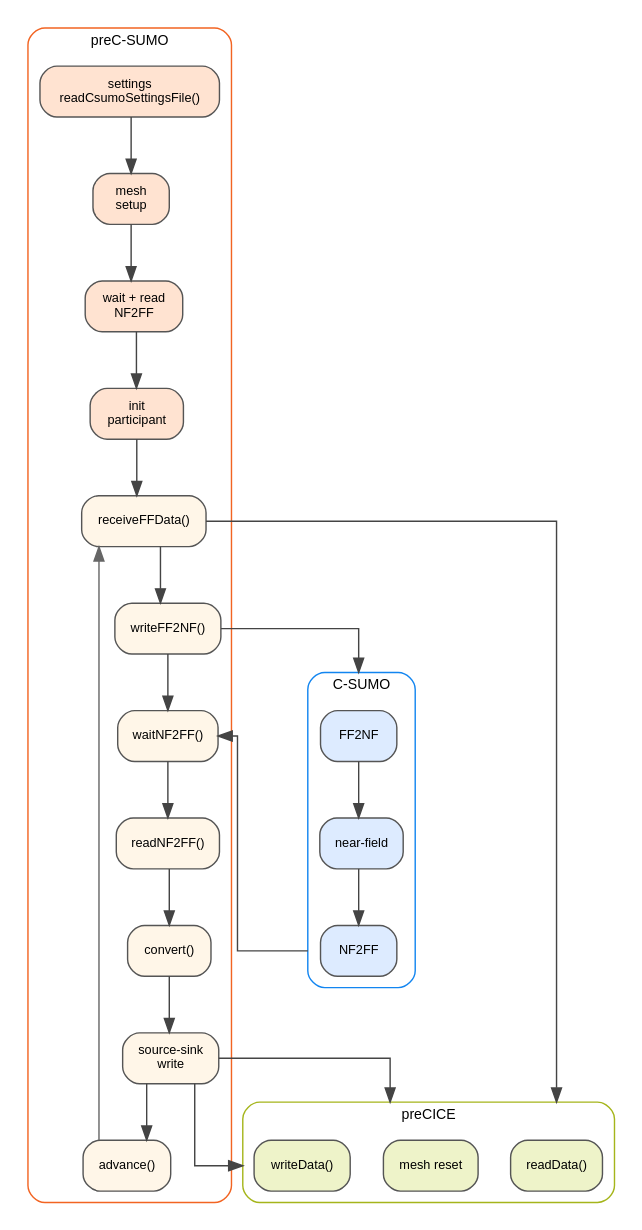
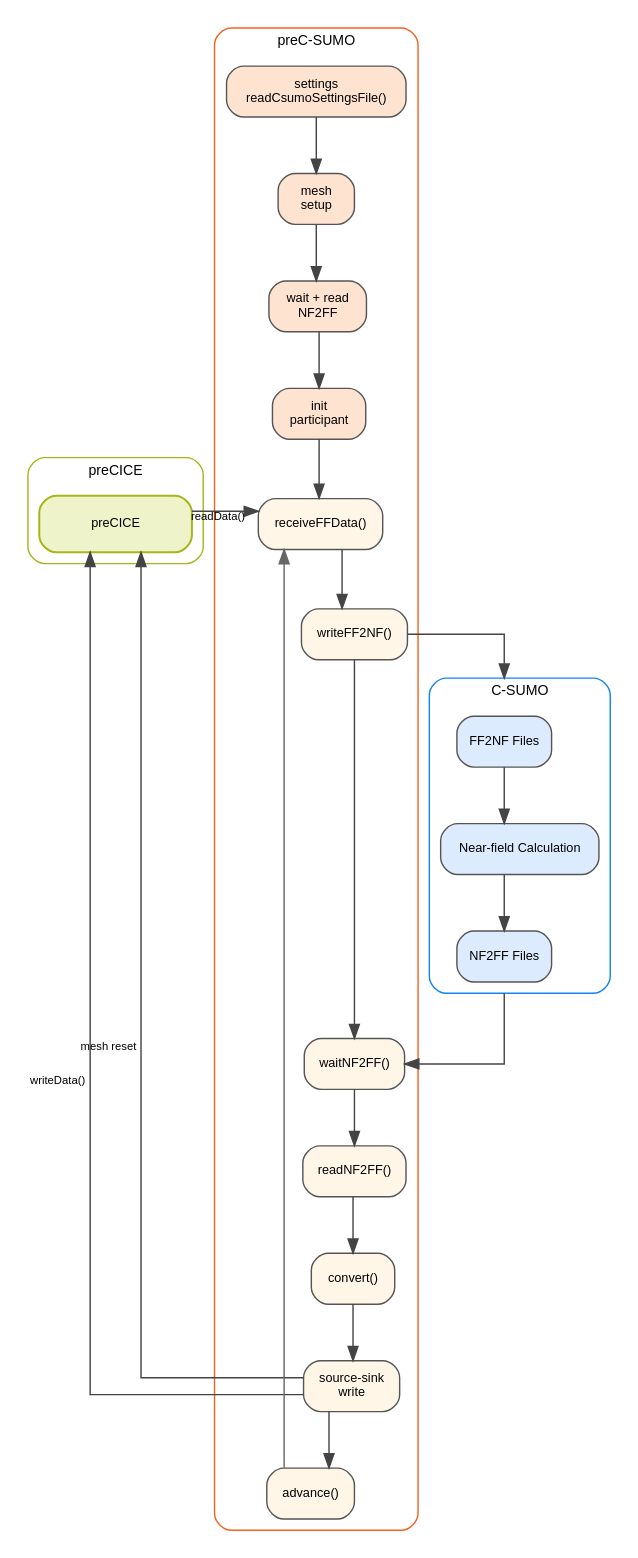
One commit to Deltares/Delft3D changed the diagram in src/tools_gpl/pre_c_sumo/docs/include/preC_SUMO_Swimlanes.dot. Above: the diagram before and after it, drawn with Graphviz. The commit also changed 3 other files, not shown here.

```diff
--- a/src/tools_gpl/pre_c_sumo/docs/include/preC_SUMO_Swimlanes.dot
+++ b/src/tools_gpl/pre_c_sumo/docs/include/preC_SUMO_Swimlanes.dot
@@ -1,62 +1,81 @@
 digraph preCSUMOSwimlanes {
   rankdir=TB;
+  newrank=true;
   compound=true;
   splines=ortho;
   nodesep=0.32;
   ranksep=0.55;
   fontname="Helvetica";
   fontsize=10;
 
   node [shape=box, style="rounded,filled", fontname="Helvetica", fontsize=9, color="#555555", fillcolor="#FFFFFF"];
   edge [fontname="Helvetica", fontsize=8, color="#444444"];
 
+  subgraph cluster_precice {
+    label="preCICE";
+    color="#A5B51B";
+    style="rounded";
+
+    precice [
+      label="preCICE",
+      shape=box,
+      style="rounded,filled",
+      color="#A5B51B",
+      fillcolor="#EEF3C9",
+      penwidth=1.4,
+      width=1.5,
+      height=0.55,
+      group="precice",
+      URL="https://precice.org/docs.html",
+      tooltip="preCICE coupling library"
+    ];
+  }
+
   subgraph cluster_precsumo {
     label="preC-SUMO";
     color="#F26422";
     style="rounded";
+
+    node [group="precsumo"];
 
     s0 [label="settings\nreadCsumoSettingsFile()", fillcolor="#FFE3D1", URL="\\ref pre_c_sumo::readCsumoSettingsFile", tooltip="Open readCsumoSettingsFile docs"];
     s1 [label="mesh\nsetup", fillcolor="#FFE3D1", URL="\\ref anonymous_namespace{pre_c_sumo_lib.cpp}::getMesh2D3D()", tooltip="Set up meshes for preCICE exchange"];
     s2 [label="wait + read\nNF2FF", fillcolor="#FFE3D1", URL="\\ref pre_c_sumo::waitForNF2FFFiles", tooltip="Open initial NF2FF bootstrap docs"];
     s3 [label="init\nparticipant", fillcolor="#FFE3D1", URL="\\ref pre_c_sumo::run()", tooltip="Open participant initialization docs"];
 
     l0 [label="receiveFFData()", fillcolor="#FFF6E8", URL="\\ref pre_c_sumo::receiveFFData", tooltip="Open receiveFFData docs"];
     l1 [label="writeFF2NF()", fillcolor="#FFF6E8", URL="\\ref pre_c_sumo::writeFF2NFFiles", tooltip="Open writeFF2NFFiles docs"];
     l2 [label="waitNF2FF()", fillcolor="#FFF6E8", URL="\\ref pre_c_sumo::waitForNF2FFFiles", tooltip="Open waitForNF2FFFiles docs"];
     l3 [label="readNF2FF()", fillcolor="#FFF6E8", URL="\\ref pre_c_sumo::readNF2FFFiles", tooltip="Open readNF2FFFiles docs"];
     l4 [label="convert()", fillcolor="#FFF6E8", URL="\\ref pre_c_sumo::convertNFtoConnectedSinkSources", tooltip="Open convertNFtoConnectedSinkSources docs"];
     l5 [label="source-sink\nwrite", fillcolor="#FFF6E8", URL="\\ref pre_c_sumo::sendSourcesSinksToFF", tooltip="Open write_to_precice docs"];
     l6 [label="advance()", fillcolor="#FFF6E8", URL="\\ref pre_c_sumo::run()", tooltip="Open run() loop docs"];
+    lane_left [label="", shape=point, width=0.01, height=0.01, style=invis];
 
     s0 -> s1 -> s2 -> s3 -> l0 -> l1 -> l2 -> l3 -> l4 -> l5 -> l6;
+    lane_left -> l0 [style=invis, weight=120];
     l6 -> l0 [color="#666666"];
   }
 
-  subgraph cluster_precice {
-    label="preCICE";
-    color="#A5B51B";
-    style="rounded";
+  { rank=same; precice; lane_left; l0; }
 
-    p0 [label="readData()", fillcolor="#EEF3C9", URL="\\ref pre_c_sumo::receiveFFData", tooltip="Open preCICE readData phase docs"];
-    p1 [label="mesh reset", fillcolor="#EEF3C9", URL="\\ref pre_c_sumo::run()", tooltip="Open mesh registration/reset docs"];
-    p2 [label="writeData()", fillcolor="#EEF3C9", URL="\\ref pre_c_sumo::sendSourcesSinksToFF", tooltip="Open write_to_precice docs"];
-  }
+  precice -> lane_left [style=invis, weight=240, minlen=1];
 
   subgraph cluster_csumo {
     label="C-SUMO";
     color="#1285F0";
     style="rounded";
 
-    c0 [label="FF2NF", fillcolor="#DDEBFF", URL="\\ref pre_c_sumo::writeFF2NFFiles", tooltip="Produced by writeFF2NFFiles"];
-    c1 [label="near-field", fillcolor="#DDEBFF", URL="\\ref pre_c_sumo::run()", tooltip="External step between FF2NF and NF2FF"];
-    c2 [label="NF2FF", fillcolor="#DDEBFF", URL="\\ref pre_c_sumo::readNF2FFFiles", tooltip="Consumed by readNF2FFFiles"];
+    c0 [label="FF2NF Files", fillcolor="#DDEBFF", tooltip="Produced by writeFF2NFFiles"];
+    c1 [label="Near-field Calculation", fillcolor="#DDEBFF",  tooltip="External step consuming FF2NF and generating NF2FF files"];
+    c2 [label="NF2FF Files", fillcolor="#DDEBFF", tooltip="Consumed by readNF2FFFiles"];
     c0 -> c1 -> c2;
   }
 
-  l0 -> p0 [lhead=cluster_precice];
-  l5 -> p1 [lhead=cluster_precice];
-  l5 -> p2 [lhead=cluster_precice];
+  precice:e -> l0:w [constraint=false, xlabel="readData()"];
+  l5:w -> precice:se [constraint=false, xlabel="mesh reset"];
+  l5:w -> precice:se [constraint=false, xlabel="writeData()"];
 
   l1 -> c0 [lhead=cluster_csumo];
   c2 -> l2 [ltail=cluster_csumo];
 }
```
